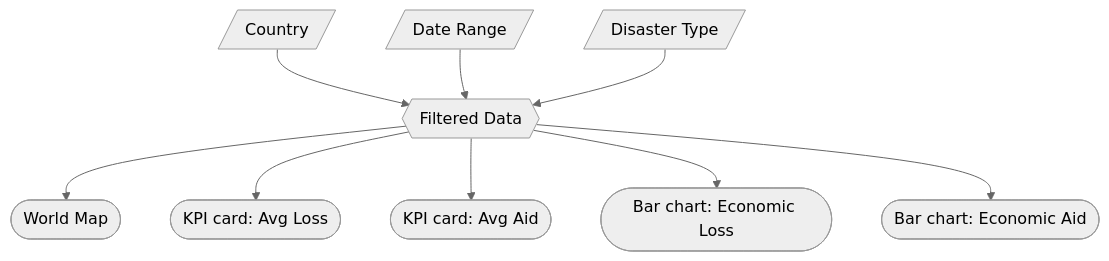
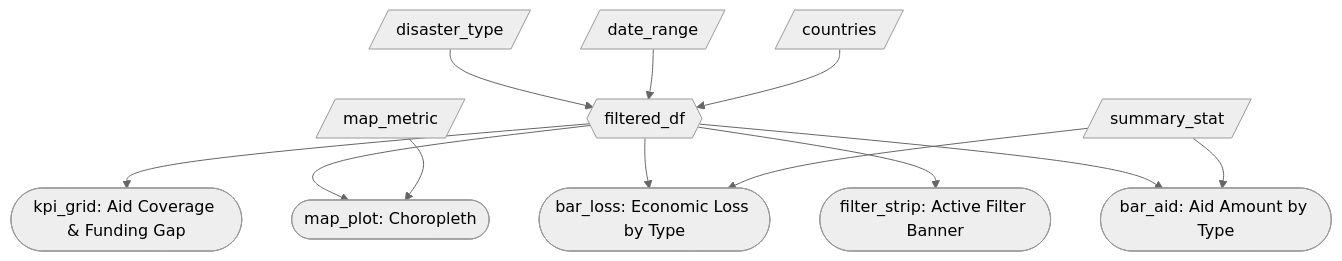
Before and after one commit to UBC-MDS/DSCI-532_2026_18_disasterdash: the diagram in reports/m2_spec.md, drawn with Mermaid (neutral theme). The commit also changed other lines of this file, not shown here.

````diff
--- a/reports/m2_spec.md
+++ b/reports/m2_spec.md
@@ -33,11 +35,15 @@
 ```mermaid
 flowchart TD
-    A[/Country/] --> F{{Filtered Data}}
-    B[/Date Range/] --> F
-    C[/Disaster Type/] --> F
-    F --> P1([World Map])
-    F --> P2([KPI card: Avg Loss])
-    F --> P3([KPI card: Avg Aid])
-    F --> P4([Bar chart: Economic Loss])
-    F --> P5([Bar chart: Economic Aid])
+    A[/countries/] --> F{{filtered_df}}
+    B[/date_range/] --> F
+    C[/disaster_type/] --> F
+    D[/map_metric/] --> Map
+    E[/summary_stat/] --> BarLoss
+    E --> BarAid
+
+    F --> Map([map_plot: Choropleth])
+    F --> KPI([kpi_grid: Aid Coverage & Funding Gap])
+    F --> BarLoss([bar_loss: Economic Loss by Type])
+    F --> BarAid([bar_aid: Aid Amount by Type])
+    F --> Strip([filter_strip: Active Filter Banner])
 ```
````
